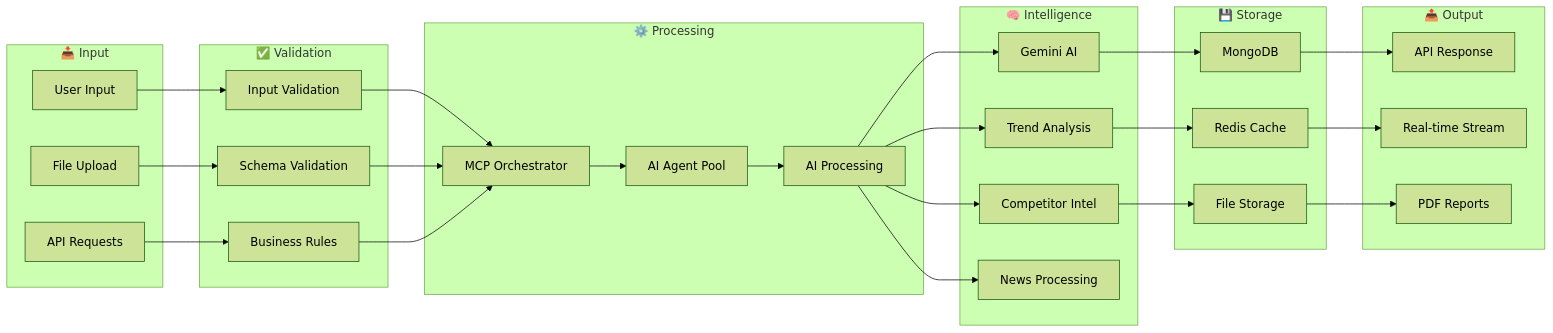
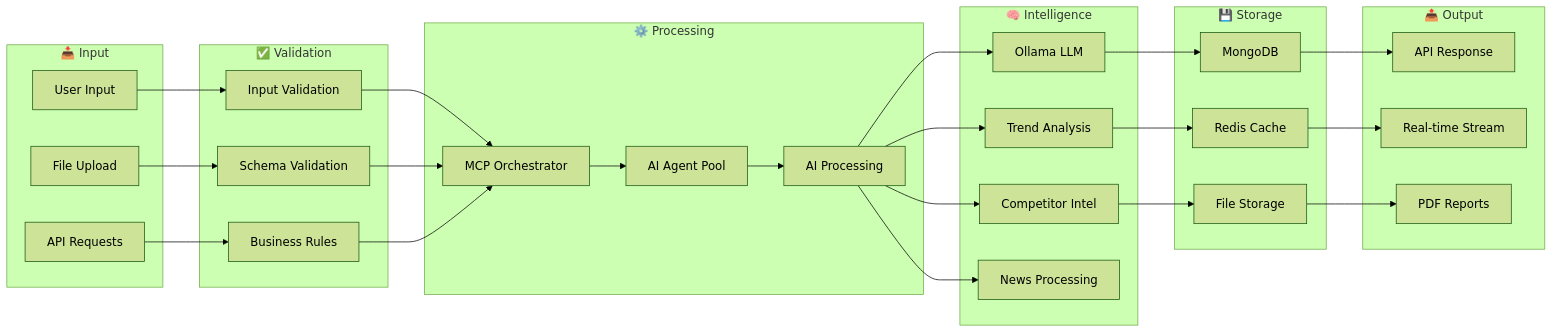
Before and after one commit to ChamsFares/Opportunity_Detetion_AI_platform: the eighth of 10 diagrams in ARCHITECTURE.md, drawn with Mermaid (forest theme). The commit also changed other lines of this file and 2 other files, not shown here.

````diff
--- a/ARCHITECTURE.md
+++ b/ARCHITECTURE.md
@@ -442,63 +442,63 @@
 ```mermaid
 graph LR
     subgraph "📥 Input"
         USER[User Input]
         FILES[File Upload]
         API[API Requests]
     end
     
     subgraph "✅ Validation"
         VALIDATE[Input Validation]
         SCHEMA[Schema Validation]
         RULES[Business Rules]
     end
     
     subgraph "⚙️ Processing"
         MCP[MCP Orchestrator]
         AGENTS[AI Agent Pool]
         AI[AI Processing]
     end
     
     subgraph "🧠 Intelligence"
-        GEMINI[Gemini AI]
+        OLLAMA[Ollama LLM]
         TRENDS[Trend Analysis]
         INTEL[Competitor Intel]
         NEWS_PROC[News Processing]
     end
     
     subgraph "💾 Storage"
         MONGO[MongoDB]
         REDIS[Redis Cache]
         FILE_STORE[File Storage]
     end
     
     subgraph "📤 Output"
         RESPONSE[API Response]
         STREAM[Real-time Stream]
         REPORTS[PDF Reports]
     end
     
     USER --> VALIDATE
     FILES --> SCHEMA
     API --> RULES
     
     VALIDATE --> MCP
     SCHEMA --> MCP
     RULES --> MCP
     
     MCP --> AGENTS
     AGENTS --> AI
     
-    AI --> GEMINI
+    AI --> OLLAMA
     AI --> TRENDS
     AI --> INTEL
     AI --> NEWS_PROC
     
-    GEMINI --> MONGO
+    OLLAMA --> MONGO
     TRENDS --> REDIS
     INTEL --> FILE_STORE
     
     MONGO --> RESPONSE
     REDIS --> STREAM
     FILE_STORE --> REPORTS
 ```
````
